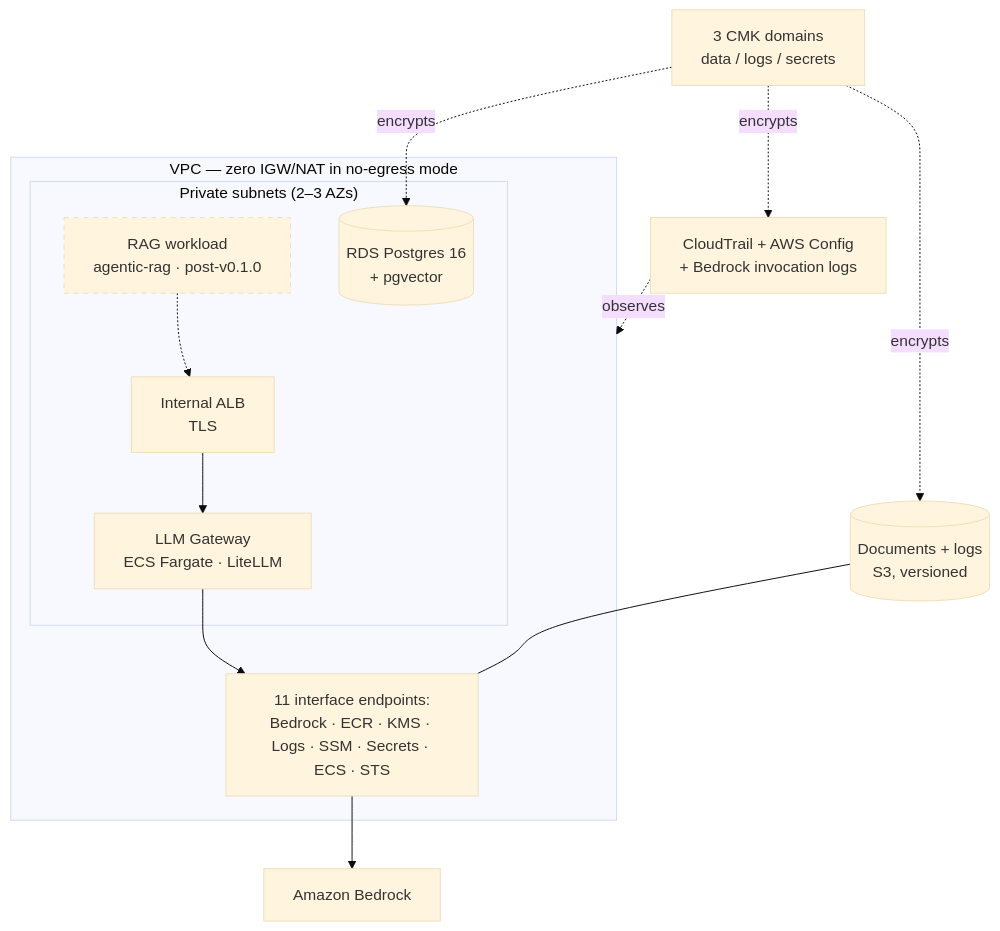
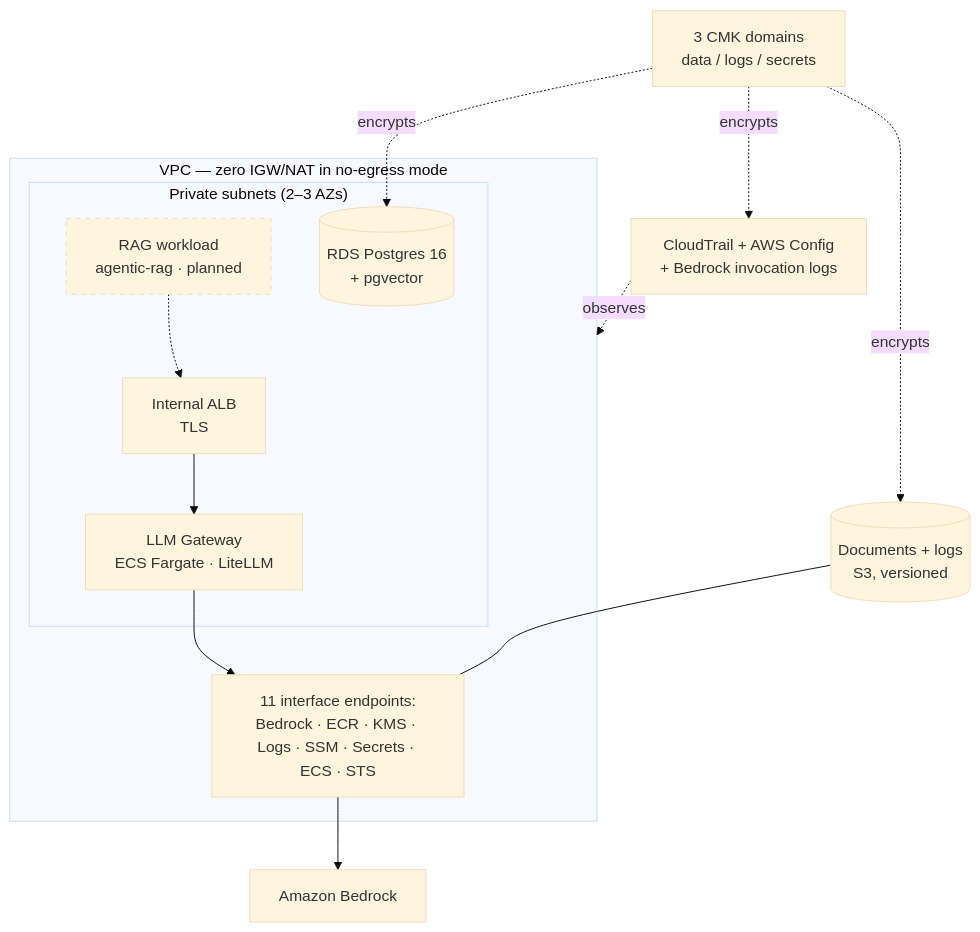
One commit to uehlingeric/federal-llm-blueprint changed the diagram in README.md. Above: the diagram before and after it, drawn with Mermaid (base theme). The commit also changed 12 other files, not shown here.

````diff
--- a/README.md
+++ b/README.md
@@ -11,17 +11,17 @@
 ```mermaid
 flowchart TB
     subgraph VPC ["VPC — zero IGW/NAT in no-egress mode"]
         subgraph Private ["Private subnets (2–3 AZs)"]
             ALB[Internal ALB<br/>TLS] --> GW[LLM Gateway<br/>ECS Fargate · LiteLLM]
-            APP[RAG workload<br/>agentic-rag · post-v0.1.0]:::planned -.-> ALB
+            APP[RAG workload<br/>agentic-rag · planned]:::planned -.-> ALB
             DB[(RDS Postgres 16<br/>+ pgvector)]
         end
         EP[11 interface endpoints:<br/>Bedrock · ECR · KMS · Logs · SSM · Secrets · ECS · STS]
         GW --> EP
     end
     EP --> BR[Amazon Bedrock]
     S3[(Documents + logs<br/>S3, versioned)] --- EP
     AUDIT[CloudTrail + AWS Config<br/>+ Bedrock invocation logs] -.observes.-> VPC
     KMS[3 CMK domains<br/>data / logs / secrets] -.encrypts.-> DB & S3 & AUDIT
     classDef planned stroke-dasharray: 5 5
 ```
````
